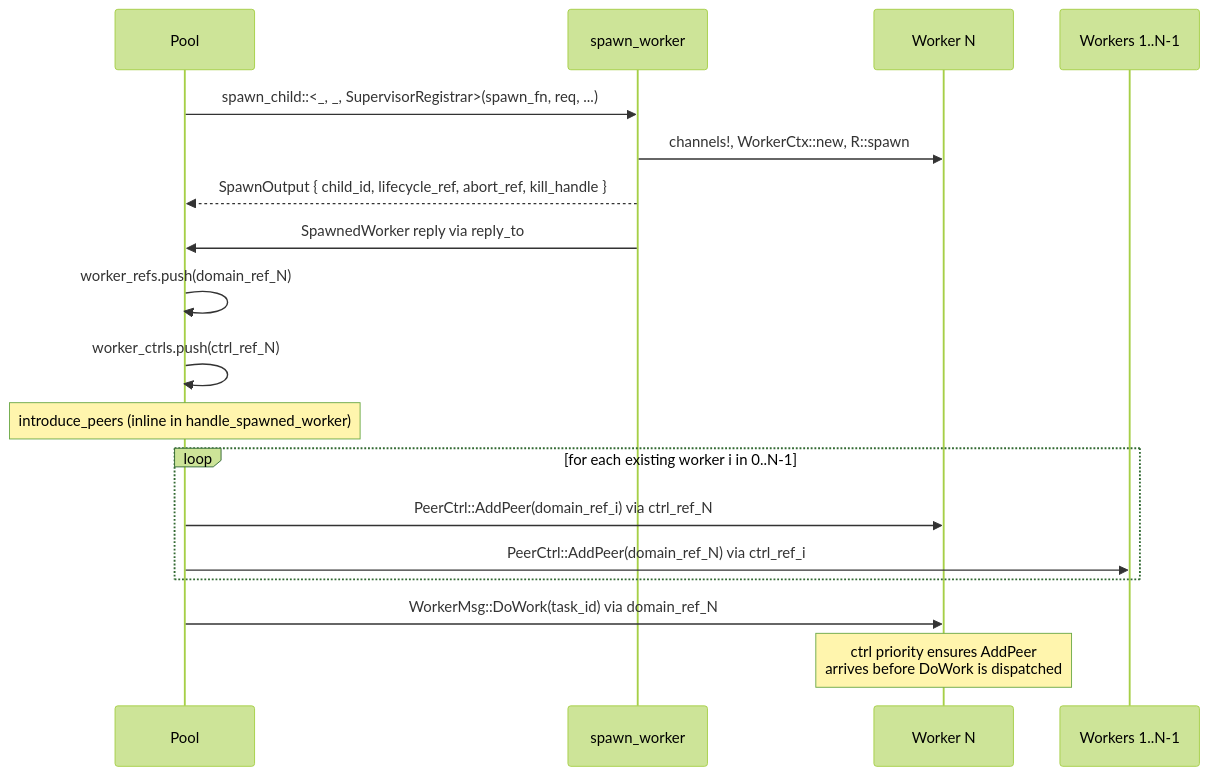
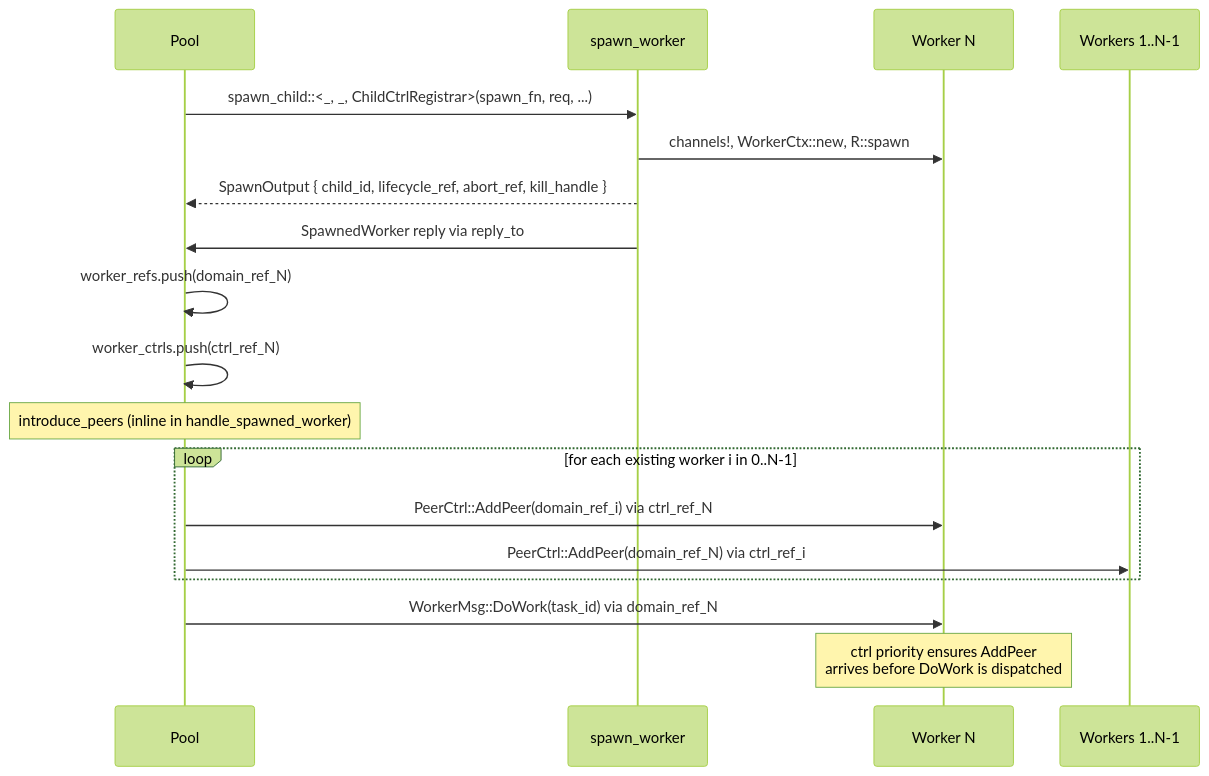
The first of 2 diagrams in spec/architecture/18-spawn-architecture.md (bloxide-com/bloxide), drawn with Mermaid (forest theme) before and after one commit. The commit also changed other lines of this file and 55 other files, not shown here.

````diff
--- a/spec/architecture/18-spawn-architecture.md
+++ b/spec/architecture/18-spawn-architecture.md
@@ -992,24 +992,24 @@
 ```mermaid
 sequenceDiagram
     participant Pool
     participant Factory as spawn_worker
     participant NewWorker as Worker N
     participant OldWorker as Workers 1..N-1
 
-    Pool->>Factory: spawn_child::<_, _, SupervisorRegistrar>(spawn_fn, req, ...)
+    Pool->>Factory: spawn_child::<_, _, ChildCtrlRegistrar>(spawn_fn, req, ...)
     Factory->>NewWorker: channels!, WorkerCtx::new, R::spawn
     Factory-->>Pool: SpawnOutput { child_id, lifecycle_ref, abort_ref, kill_handle }
     Factory->>Pool: SpawnedWorker reply via reply_to
 
     Pool->>Pool: worker_refs.push(domain_ref_N)
     Pool->>Pool: worker_ctrls.push(ctrl_ref_N)
 
     Note over Pool: introduce_peers (inline in handle_spawned_worker)
     loop for each existing worker i in 0..N-1
         Pool->>NewWorker: PeerCtrl::AddPeer(domain_ref_i) via ctrl_ref_N
         Pool->>OldWorker: PeerCtrl::AddPeer(domain_ref_N) via ctrl_ref_i
     end
 
     Pool->>NewWorker: WorkerMsg::DoWork(task_id) via domain_ref_N
     Note over NewWorker: ctrl priority ensures AddPeer<br/>arrives before DoWork is dispatched
 ```
````
